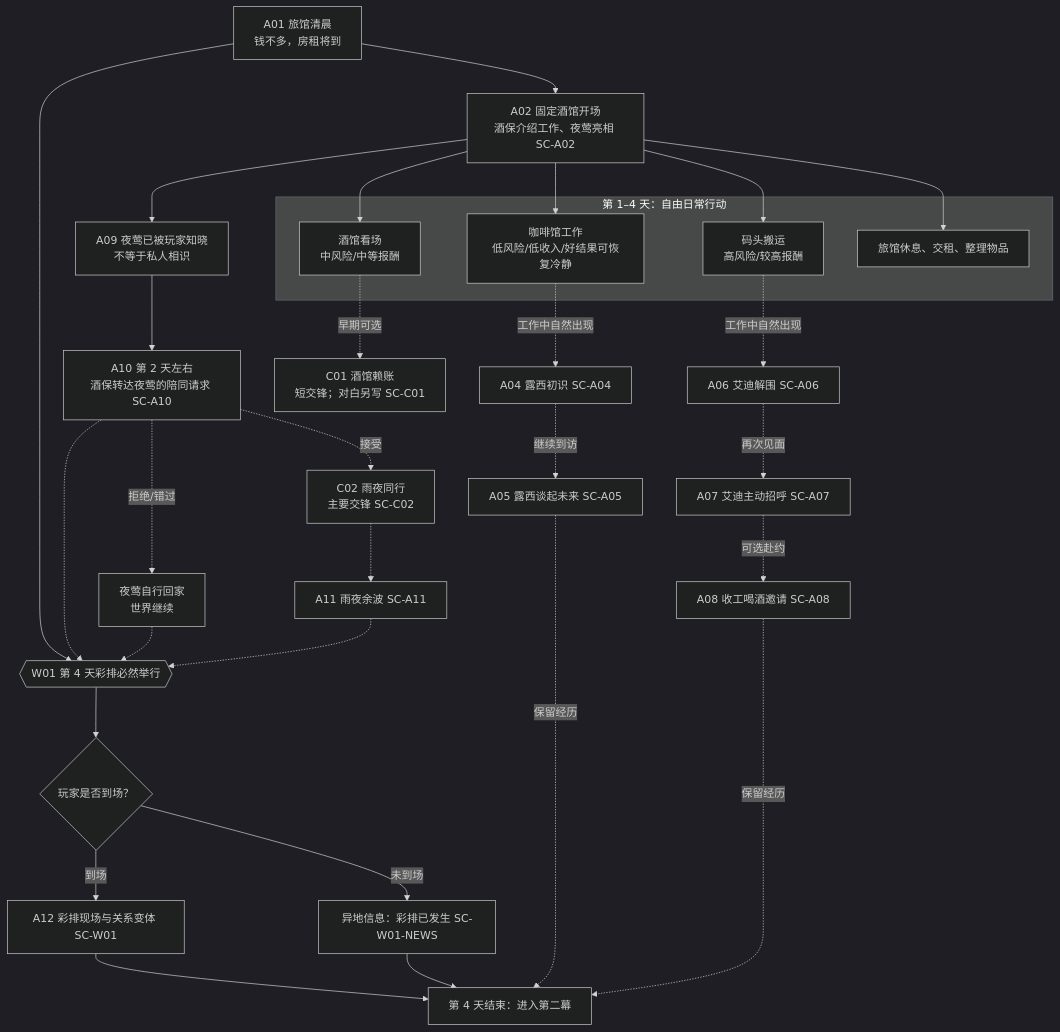
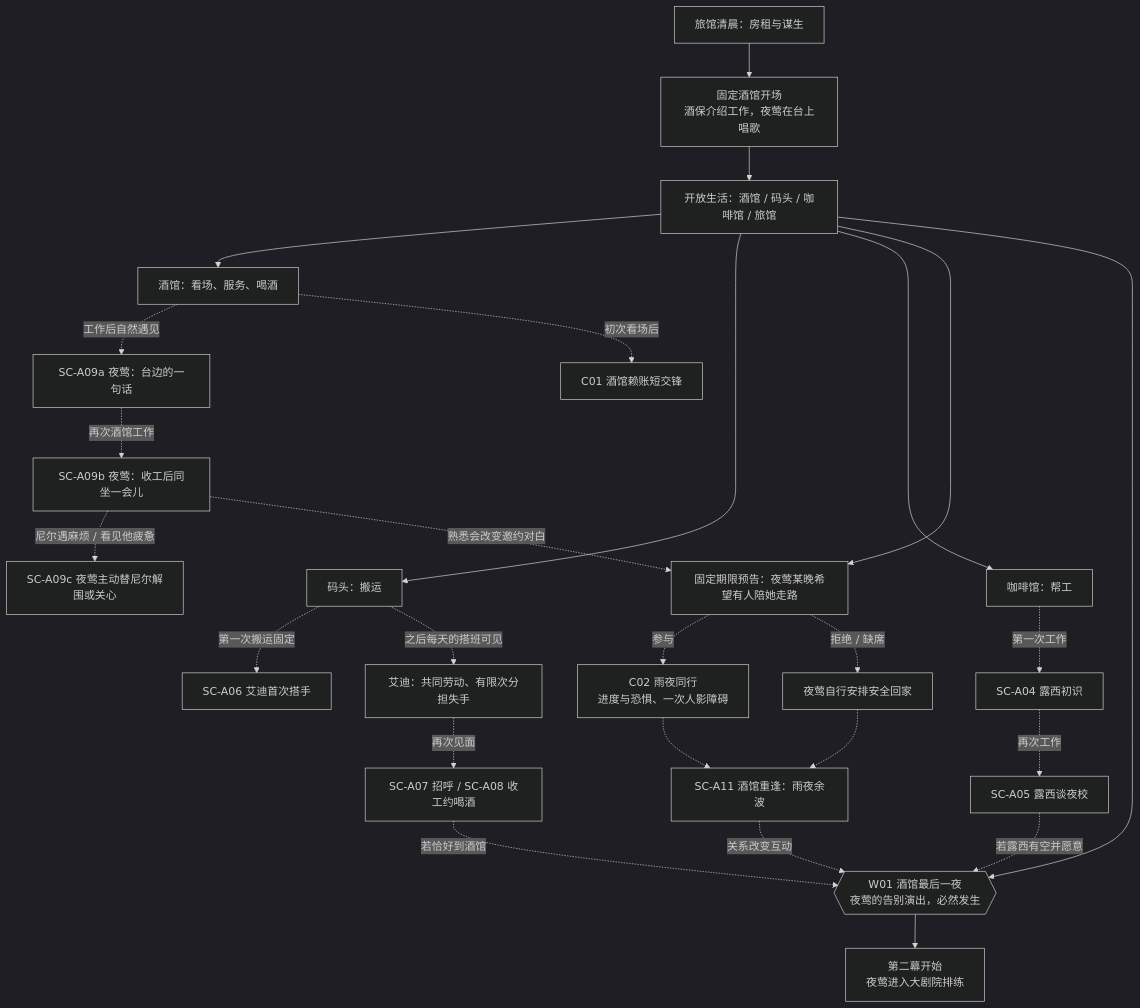
The first of 4 diagrams in docs/章节内容手稿/第一章_人物与交锋设计/01_第一幕_活下去_内容网络与交锋.md (guopanqi/ssnoir), drawn with Mermaid (dark theme) before and after one commit. The commit also changed other lines of this file, not shown here.

````diff
--- a/docs/章节内容手稿/第一章_人物与交锋设计/01_第一幕_活下去_内容网络与交锋.md
+++ b/docs/章节内容手稿/第一章_人物与交锋设计/01_第一幕_活下去_内容网络与交锋.md
@@ -36,42 +22,35 @@
 ```mermaid
 flowchart TD
-    A["A01 旅馆清晨<br/>钱不多，房租将到"] --> B["A02 固定酒馆开场<br/>酒保介绍工作、夜莺亮相 SC-A02"]
+    A["旅馆清晨：房租与谋生"] --> B["固定酒馆开场<br/>酒保介绍工作，夜莺在台上唱歌"]
+    B --> C["开放生活：酒馆 / 码头 / 咖啡馆 / 旅馆"]
 
-    subgraph CITY["第 1–4 天：自由日常行动"]
-        C["咖啡馆工作<br/>低风险/低收入/好结果可恢复冷静"]
-        D["酒馆看场<br/>中风险/中等报酬"]
-        E["码头搬运<br/>高风险/较高报酬"]
-        F["旅馆休息、交租、整理物品"]
-    end
+    C --> D["酒馆：看场、服务、喝酒"]
+    C --> E["码头：搬运"]
+    C --> F["咖啡馆：帮工"]
 
-    B --> C
-    B --> D
-    B --> E
-    B --> F
+    D -.工作后自然遇见.-> G["SC-A09a 夜莺：台边的一句话"]
+    G -.再次酒馆工作.-> H["SC-A09b 夜莺：收工后同坐一会儿"]
+    H -.尼尔遇麻烦 / 看见他疲惫.-> I["SC-A09c 夜莺主动替尼尔解围或关心"]
 
-    C -.工作中自然出现.-> G["A04 露西初识 SC-A04"]
-    G -.继续到访.-> H["A05 露西谈起未来 SC-A05"]
-    E -.工作中自然出现.-> I["A06 艾迪解围 SC-A06"]
-    I -.再次见面.-> J["A07 艾迪主动招呼 SC-A07"]
-    J -.可选赴约.-> K["A08 收工喝酒邀请 SC-A08"]
+    E -.第一次搬运固定.-> J["SC-A06 艾迪首次搭手"]
+    E -.之后每天的搭班可见.-> K["艾迪：共同劳动、有限次分担失手"]
+    K -.再次见面.-> L["SC-A07 招呼 / SC-A08 收工约喝酒"]
 
-    D -.早期可选.-> L["C01 酒馆赖账<br/>短交锋；对白另写 SC-C01"]
+    F -.第一次工作.-> M["SC-A04 露西初识"]
+    M -.再次工作.-> N["SC-A05 露西谈夜校"]
 
-    B --> M["A09 夜莺已被玩家知晓<br/>不等于私人相识"]
-    M --> N["A10 第 2 天左右<br/>酒保转达夜莺的陪同请求 SC-A10"]
-    N -.接受.-> O["C02 雨夜同行<br/>主要交锋 SC-C02"]
-    N -.拒绝/错过.-> P["夜莺自行回家<br/>世界继续"]
-    O -.-> Q["A11 雨夜余波 SC-A11"]
+    D -.初次看场后.-> O["C01 酒馆赖账短交锋"]
 
-    A --> R{{"W01 第 4 天彩排必然举行"}}
-    N -.-> R
-    P -.-> R
-    Q -.-> R
-    R --> S{"玩家是否到场？"}
-    S -->|到场| T["A12 彩排现场与关系变体 SC-W01"]
-    S -->|未到场| U["异地信息：彩排已发生 SC-W01-NEWS"]
-    T --> V["第 4 天结束：进入第二幕"]
-    U --> V
-    H -.保留经历.-> V
-    K -.保留经历.-> V
+    C --> P["固定期限预告：夜莺某晚希望有人陪她走路"]
+    H -.熟悉会改变邀约对白.-> P
+    P -.参与.-> Q["C02 雨夜同行<br/>进度与恐惧、一次人影障碍"]
+    P -.拒绝 / 缺席.-> R["夜莺自行安排安全回家"]
+    Q -.-> S["SC-A11 酒馆重逢：雨夜余波"]
+    R -.-> S
+
+    C --> T{{"W01 酒馆最后一夜<br/>夜莺的告别演出，必然发生"}}
+    S -.关系改变互动.-> T
+    L -.若恰好到酒馆.-> T
+    N -.若露西有空并愿意.-> T
+    T --> U["第二幕开始<br/>夜莺进入大剧院排练"]
 ```
````
